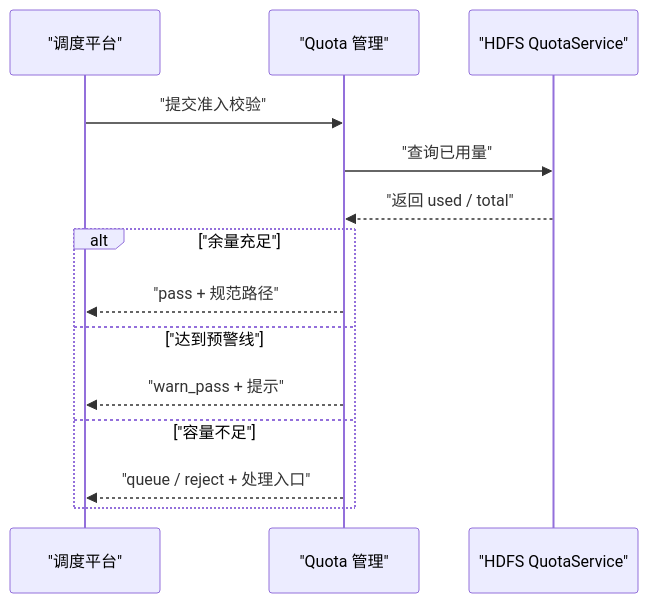
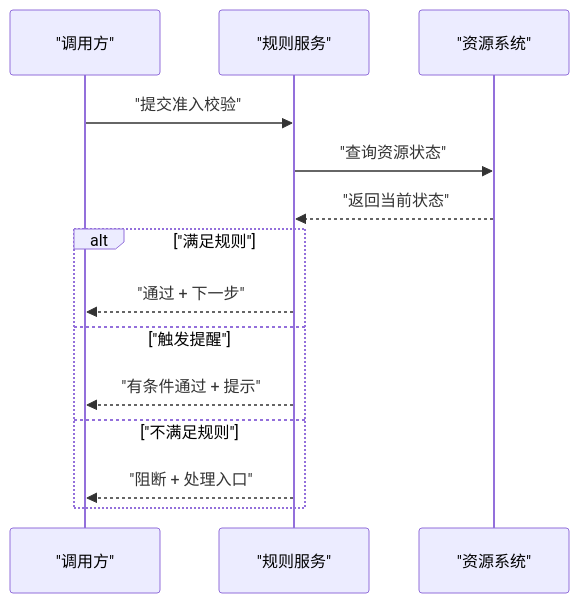
One commit to xyjunco/junco-skill changed the sixth of 9 diagrams in references/diagram-patterns.md. Above: the diagram before and after it, drawn with Mermaid. The commit also changed other lines of this file and 4 other files, not shown here.

````diff
--- a/references/diagram-patterns.md
+++ b/references/diagram-patterns.md
@@ -248,17 +248,17 @@
 ```mermaid
 sequenceDiagram
-  participant Scheduler as "调度平台"
-  participant Quota as "Quota 管理"
-  participant HDFS as "HDFS QuotaService"
+  participant Caller as "调用方"
+  participant Rule as "规则服务"
+  participant Resource as "资源系统"
 
-  Scheduler->>Quota: "提交准入校验"
-  Quota->>HDFS: "查询已用量"
-  HDFS-->>Quota: "返回 used / total"
-  alt "余量充足"
-    Quota-->>Scheduler: "pass + 规范路径"
-  else "达到预警线"
-    Quota-->>Scheduler: "warn_pass + 提示"
-  else "容量不足"
-    Quota-->>Scheduler: "queue / reject + 处理入口"
+  Caller->>Rule: "提交准入校验"
+  Rule->>Resource: "查询资源状态"
+  Resource-->>Rule: "返回当前状态"
+  alt "满足规则"
+    Rule-->>Caller: "通过 + 下一步"
+  else "触发提醒"
+    Rule-->>Caller: "有条件通过 + 提示"
+  else "不满足规则"
+    Rule-->>Caller: "阻断 + 处理入口"
   end
 ```
````
